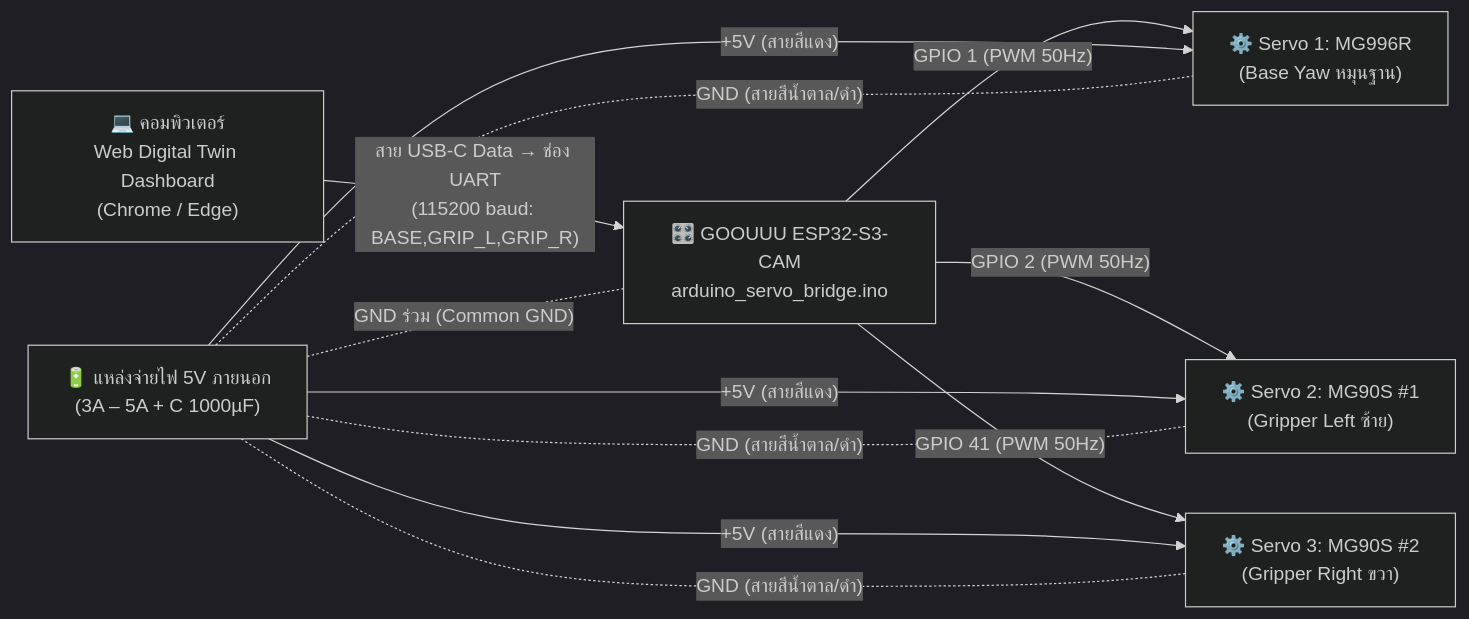
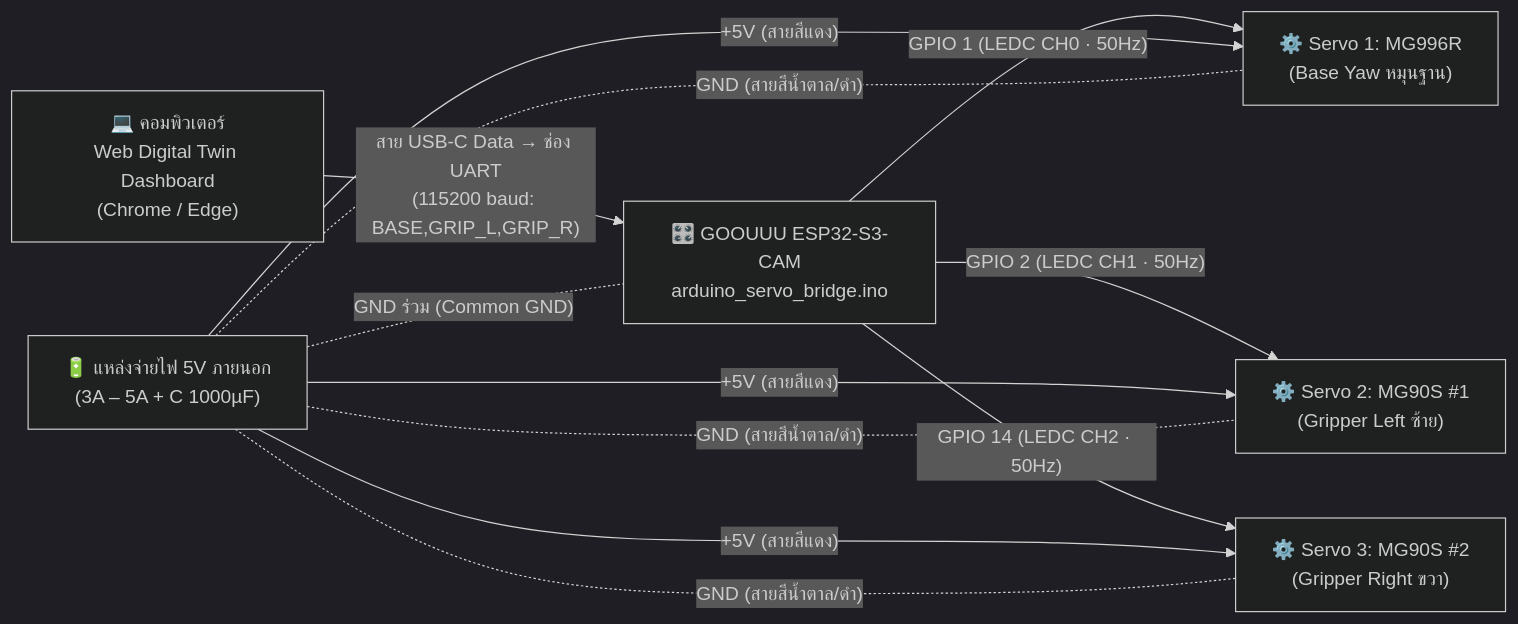
One commit to Pongsakorn-yarn/Group01_Project changed the diagram in docs/WIRING_GUIDE.md. Above: the diagram before and after it, drawn with Mermaid (dark theme). The commit also changed other lines of this file and 20 other files, not shown here.

Commit message:
feat: add home overview page, UI stylesheets, ESP32 servo bridge, and system architecture docs

````diff
--- a/docs/WIRING_GUIDE.md
+++ b/docs/WIRING_GUIDE.md
@@ -61,17 +61,17 @@
 ```mermaid
 flowchart LR
     PC["💻 คอมพิวเตอร์<br/>Web Digital Twin Dashboard<br/>(Chrome / Edge)"] -- "สาย USB-C Data → ช่อง UART<br/>(115200 baud: BASE,GRIP_L,GRIP_R)" --> ESP["🎛️ GOOUUU ESP32-S3-CAM<br/>arduino_servo_bridge.ino"]
 
-    ESP -- "GPIO 1 (PWM 50Hz)" --> S1["⚙️ Servo 1: MG996R<br/>(Base Yaw หมุนฐาน)"]
-    ESP -- "GPIO 2 (PWM 50Hz)" --> S2["⚙️ Servo 2: MG90S #1<br/>(Gripper Left ซ้าย)"]
-    ESP -- "GPIO 41 (PWM 50Hz)" --> S3["⚙️ Servo 3: MG90S #2<br/>(Gripper Right ขวา)"]
+    ESP -- "GPIO 1 (LEDC CH0 · 50Hz)" --> S1["⚙️ Servo 1: MG996R<br/>(Base Yaw หมุนฐาน)"]
+    ESP -- "GPIO 2 (LEDC CH1 · 50Hz)" --> S2["⚙️ Servo 2: MG90S #1<br/>(Gripper Left ซ้าย)"]
+    ESP -- "GPIO 14 (LEDC CH2 · 50Hz)" --> S3["⚙️ Servo 3: MG90S #2<br/>(Gripper Right ขวา)"]
 
     PSU["🔋 แหล่งจ่ายไฟ 5V ภายนอก<br/>(3A – 5A + C 1000µF)"] -- "+5V (สายสีแดง)" --> S1
     PSU -- "+5V (สายสีแดง)" --> S2
     PSU -- "+5V (สายสีแดง)" --> S3
 
     PSU -. "GND ร่วม (Common GND)" .- ESP
     PSU -. "GND (สายสีน้ำตาล/ดำ)" .- S1
     PSU -. "GND (สายสีน้ำตาล/ดำ)" .- S2
     PSU -. "GND (สายสีน้ำตาล/ดำ)" .- S3
 ```
````
